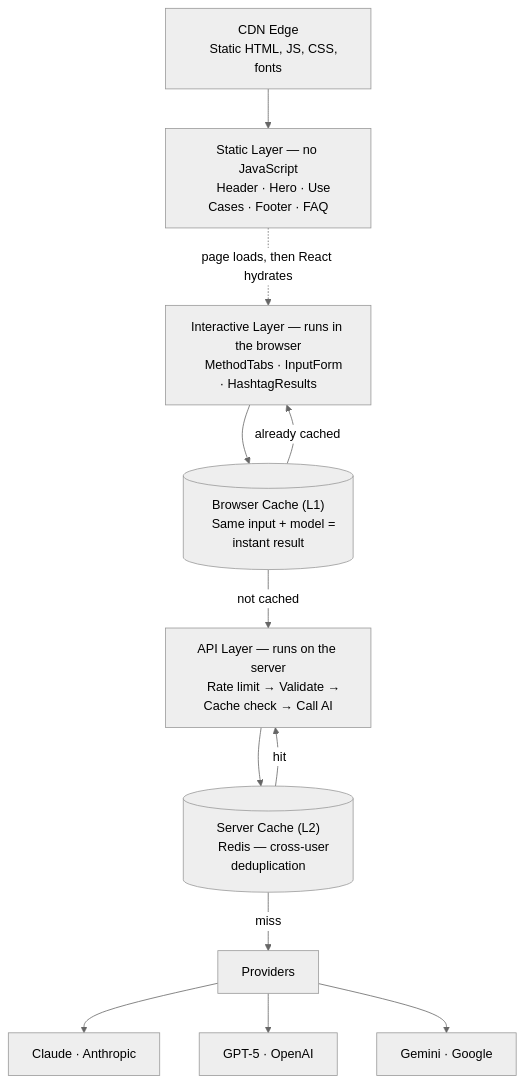
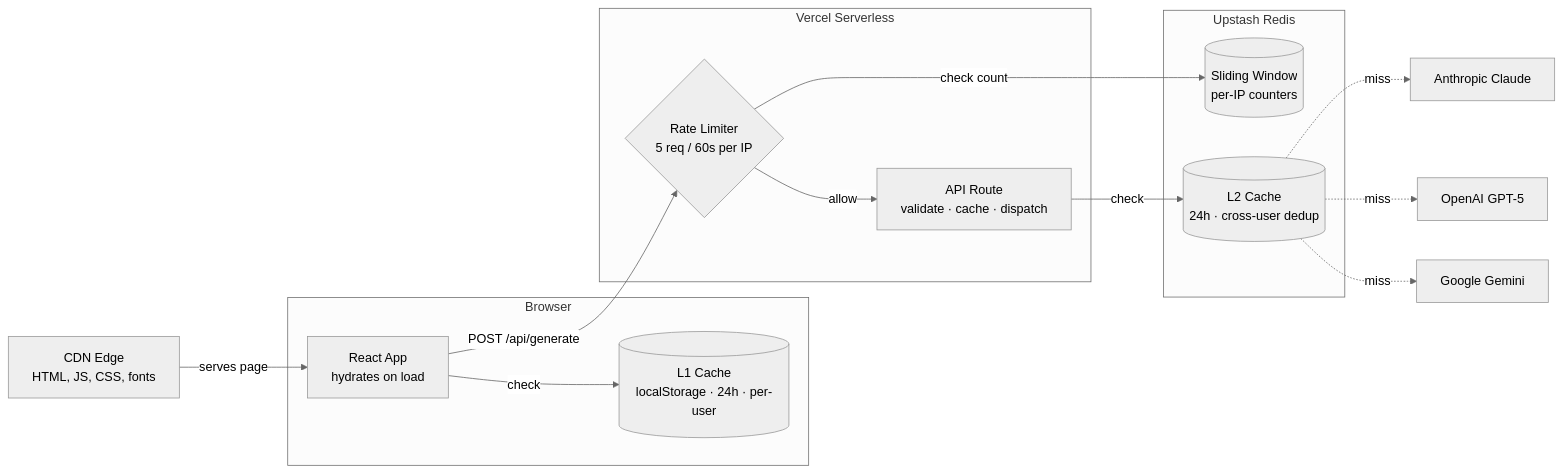
The diagram in README.md (kalebjdavenport/HashtagGeneratorPro), drawn with Mermaid (neutral theme) before and after one commit. The commit also changed other lines of this file and 1 other file, not shown here.

Commit message:
Update README and CLAUDE.md to reflect current pipeline
Sync both docs with the actual request flow: rate limiting, server
cache (L2), and structured logging. Replace README diagram with LR
flowchart matching ARCHITECTURE.md style.

````diff
--- a/README.md
+++ b/README.md
@@ -74,25 +78,28 @@
 ```mermaid
-flowchart TD
-    CDN["CDN Edge
-    Static HTML, JS, CSS, fonts"]
-    CDN --> Static
-    Static["Static Layer — no JavaScript
-    Header · Hero · Use Cases · Footer · FAQ"]
-    Static -. page loads, then React hydrates .-> Interactive
-    Interactive["Interactive Layer — runs in the browser
-    MethodTabs · InputForm · HashtagResults"]
-    Interactive --> Cache
-    Cache[("Browser Cache (L1)
-    Same input + model = instant result")]
-    Cache -- "already cached" --> Interactive
-    Cache -- "not cached" --> Route
-    Route["API Layer — runs on the server
-    Rate limit → Validate → Cache check → Call AI"]
-    Route --> ServerCache[("Server Cache (L2)
-    Redis — cross-user deduplication")]
-    ServerCache -- "hit" --> Route
-    ServerCache -- "miss" --> Providers
-    Providers --> Claude[Claude · Anthropic]
-    Providers --> GPT[GPT-5 · OpenAI]
-    Providers --> Gemini[Gemini · Google]
+flowchart LR
+    CDN["CDN Edge<br/>HTML, JS, CSS, fonts"] -- serves page --> React
+
+    subgraph Client ["Browser"]
+        React["React App<br/>hydrates on load"]
+        L1[("L1 Cache<br/>localStorage · 24h · per-user")]
+    end
+
+    React -- check --> L1
+    React -- "POST /api/generate" --> RL
+
+    subgraph Serverless ["Vercel Serverless"]
+        RL{"Rate Limiter<br/>5 req / 60s per IP"} -- allow --> Route["API Route<br/>validate · cache · dispatch"]
+    end
+
+    RL -- check count --> RLStore
+    Route -- check --> L2
+
+    subgraph Redis ["Upstash Redis"]
+        RLStore[("Sliding Window<br/>per-IP counters")]
+        L2[("L2 Cache<br/>24h · cross-user dedup")]
+    end
+
+    L2 -. miss .-> Claude["Anthropic Claude"]
+    L2 -. miss .-> GPT5["OpenAI GPT-5"]
+    L2 -. miss .-> Gemini["Google Gemini"]
 ```
````
